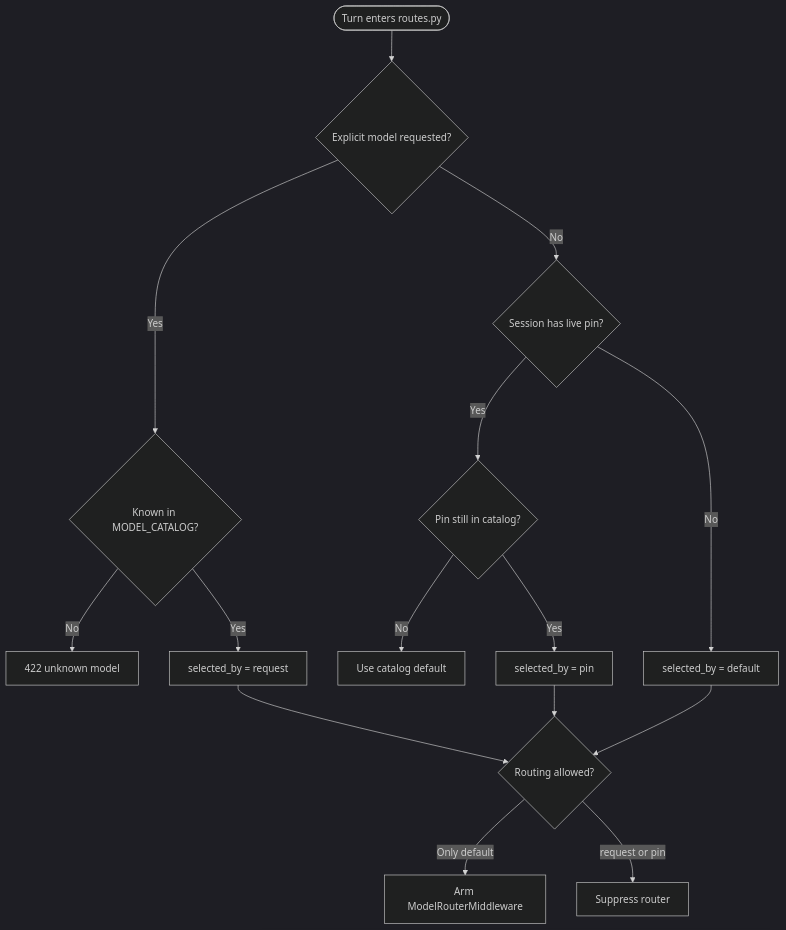
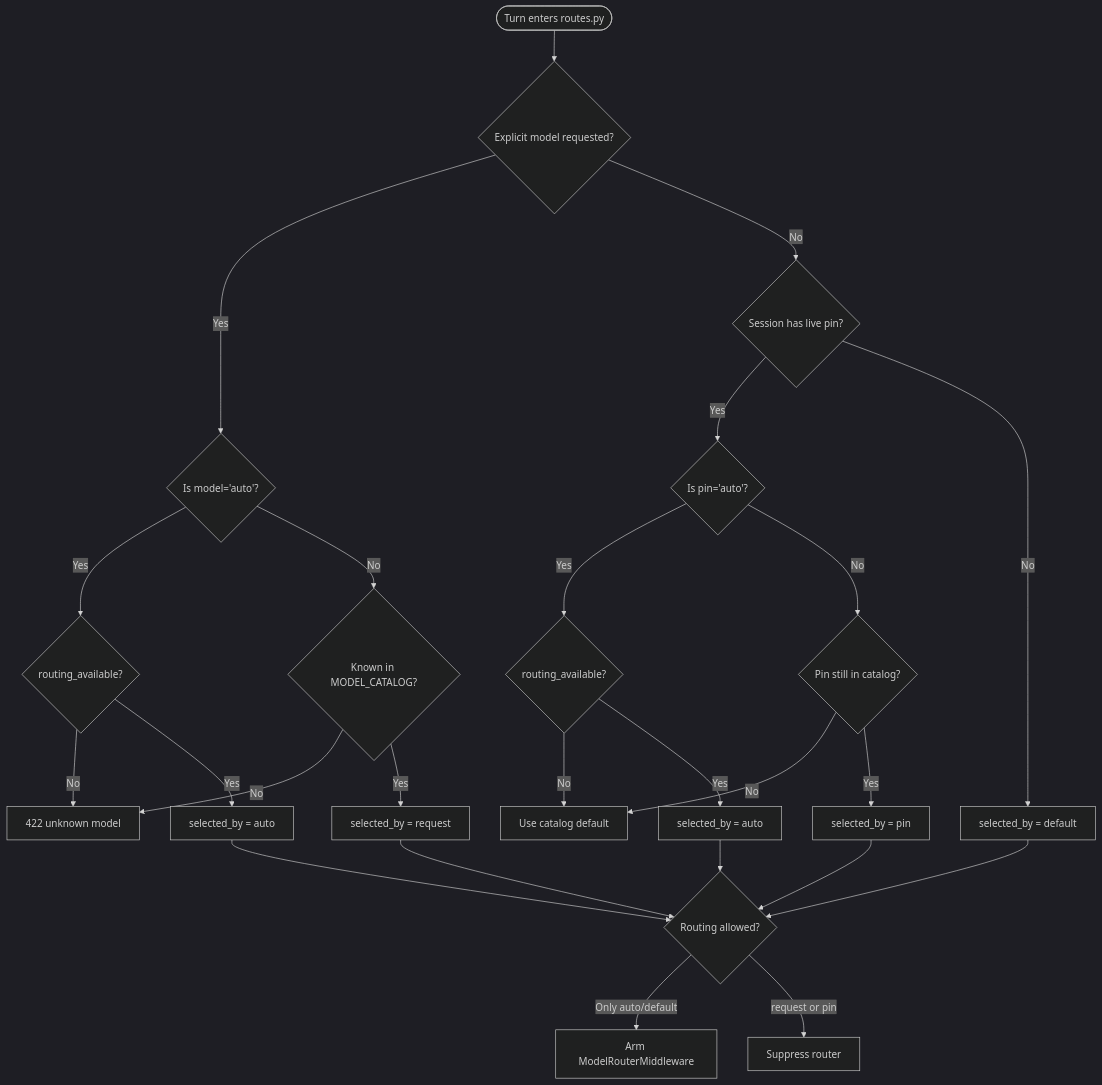
Before and after one commit to metasync/luban-aiops: the fourth of 7 diagrams in .qoder/repowiki/en/content/Shared Contracts/SPEC-071_ AgentScope Model Router Per-Turn Routing.md, drawn with Mermaid (dark theme). The commit also changed other lines of this file and 6 other files, not shown here.

````diff
--- a/.qoder/repowiki/en/content/Shared Contracts/SPEC-071_ AgentScope Model Router Per-Turn Routing.md
+++ b/.qoder/repowiki/en/content/Shared Contracts/SPEC-071_ AgentScope Model Router Per-Turn Routing.md
@@ -205,17 +230,27 @@
 ```mermaid
 flowchart TD
 Entry(["Turn enters routes.py"]) --> Requested{"Explicit model requested?"}
-Requested --> |Yes| Known{"Known in MODEL_CATALOG?"}
-Known --> |No| Reject["422 unknown model"]
+Requested --> |Yes| IsAuto{"Is model='auto'?"}
+IsAuto --> |Yes| CheckAvailable{"routing_available?"}
+CheckAvailable --> |No| Reject["422 unknown model"]
+CheckAvailable --> |Yes| SelectedByAuto["selected_by = auto"]
+IsAuto --> |No| Known{"Known in MODEL_CATALOG?"}
+Known --> |No| Reject
 Known --> |Yes| SelectedByRequest["selected_by = request"]
 Requested --> |No| Pinned{"Session has live pin?"}
-Pinned --> |Yes| PinValid{"Pin still in catalog?"}
-PinValid --> |No| UseDefault["Use catalog default"]
+Pinned --> |Yes| IsPinnedAuto{"Is pin='auto'?"}
+IsPinnedAuto --> |Yes| CheckAvail2{"routing_available?"}
+CheckAvail2 --> |No| UseDefault["Use catalog default"]
+CheckAvail2 --> |Yes| SelectedByPinAuto["selected_by = auto"]
+IsPinnedAuto --> |No| PinValid{"Pin still in catalog?"}
+PinValid --> |No| UseDefault
 PinValid --> |Yes| SelectedByPin["selected_by = pin"]
 Pinned --> |No| SelectedByDefault["selected_by = default"]
-SelectedByRequest --> RouteDecision{"Routing allowed?"}
+SelectedByAuto --> RouteDecision{"Routing allowed?"}
+SelectedByPinAuto --> RouteDecision
+SelectedByRequest --> RouteDecision
 SelectedByPin --> RouteDecision
 SelectedByDefault --> RouteDecision
-RouteDecision --> |Only default| ArmRouter["Arm ModelRouterMiddleware"]
+RouteDecision --> |Only auto/default| ArmRouter["Arm ModelRouterMiddleware"]
 RouteDecision --> |request or pin| SuppressRouter["Suppress router"]
 ```
````
